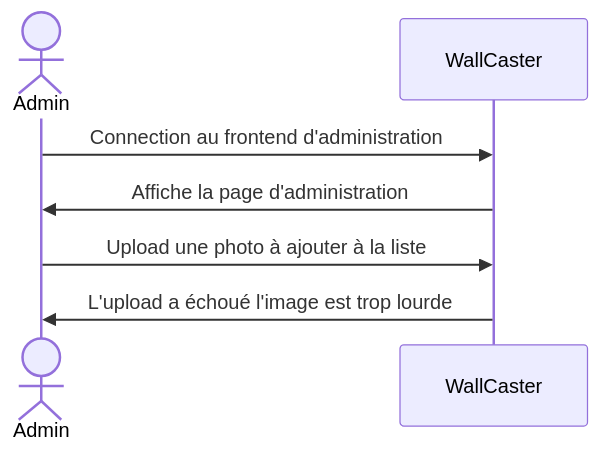
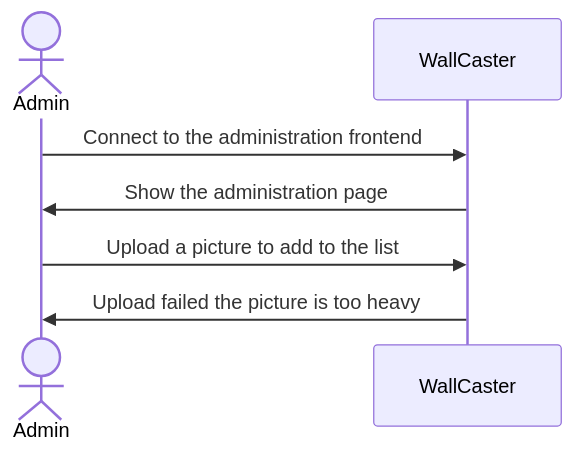
The third of 17 diagrams in doc/analisis-report.md (WallCaster/WallCaster), drawn with Mermaid before and after one commit. The commit also changed other lines of this file, not shown here.

````diff
--- a/doc/analisis-report.md
+++ b/doc/analisis-report.md
@@ -106,10 +106,10 @@
 ```mermaid
 sequenceDiagram
   actor Admin 
   participant S as WallCaster
 
-Admin ->> S : Connection au frontend d'administration
-S ->> Admin : Affiche la page d'administration
-Admin ->> S : Upload une photo à ajouter à la liste
-S ->> Admin : L'upload a échoué l'image est trop lourde
+Admin ->> S : Connect to the administration frontend
+S ->> Admin : Show the administration page
+Admin ->> S : Upload a picture to add to the list
+S ->> Admin : Upload failed the picture is too heavy
 ```
````
